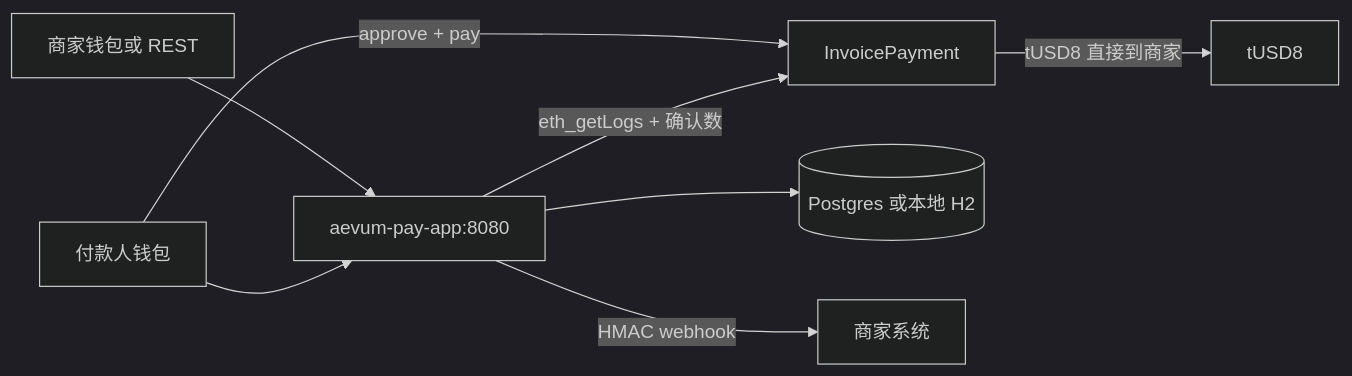
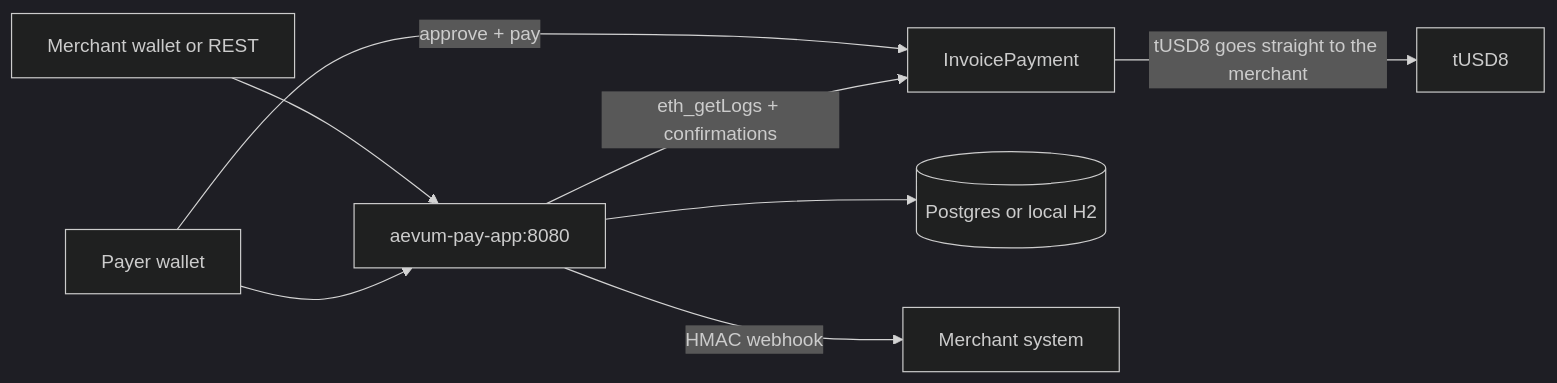
The diagram in README.md (ShuCan-git-up/aevum-pay), drawn with Mermaid (dark theme) before and after one commit. The commit also changed other lines of this file and 8 other files, not shown here.

First line of the commit message:
Document the live Aevum Pay demo for the hackathon submission.

````diff
--- a/README.md
+++ b/README.md
@@ -42,10 +50,10 @@
 ```mermaid
 flowchart LR
-  M[商家钱包或 REST] --> App[aevum-pay-app:8080]
-  P[付款人钱包] --> App
+  M[Merchant wallet or REST] --> App[aevum-pay-app:8080]
+  P[Payer wallet] --> App
   P -->|approve + pay| C[InvoicePayment]
-  C -->|tUSD8 直接到商家| T[tUSD8]
-  App -->|eth_getLogs + 确认数| C
-  App --> DB[(Postgres 或本地 H2)]
-  App -->|HMAC webhook| H[商家系统]
+  C -->|tUSD8 goes straight to the merchant| T[tUSD8]
+  App -->|eth_getLogs + confirmations| C
+  App --> DB[(Postgres or local H2)]
+  App -->|HMAC webhook| H[Merchant system]
 ```
````
